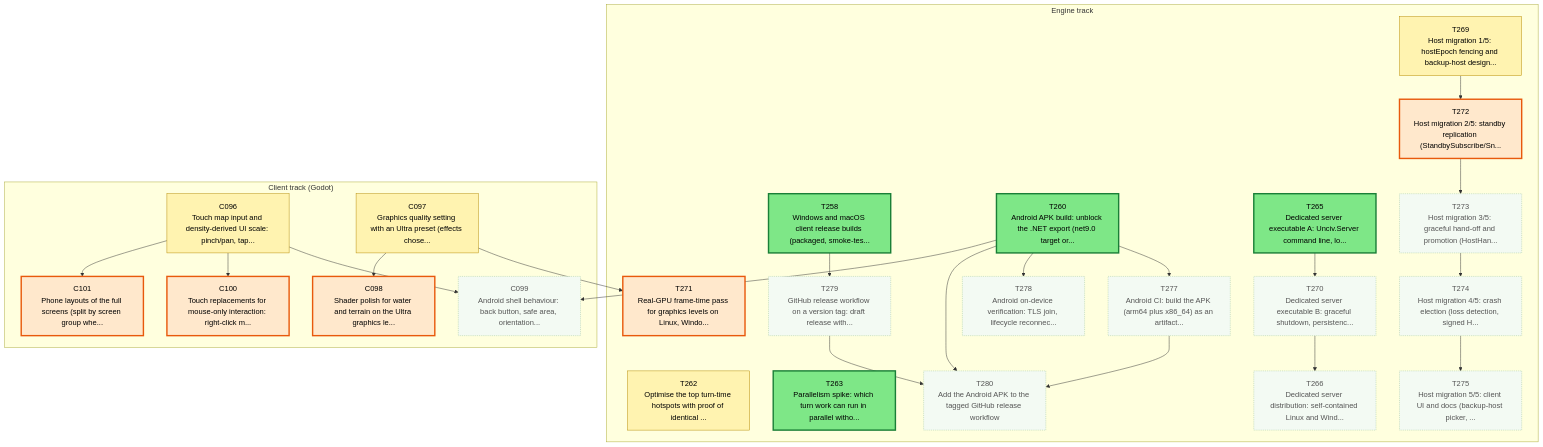
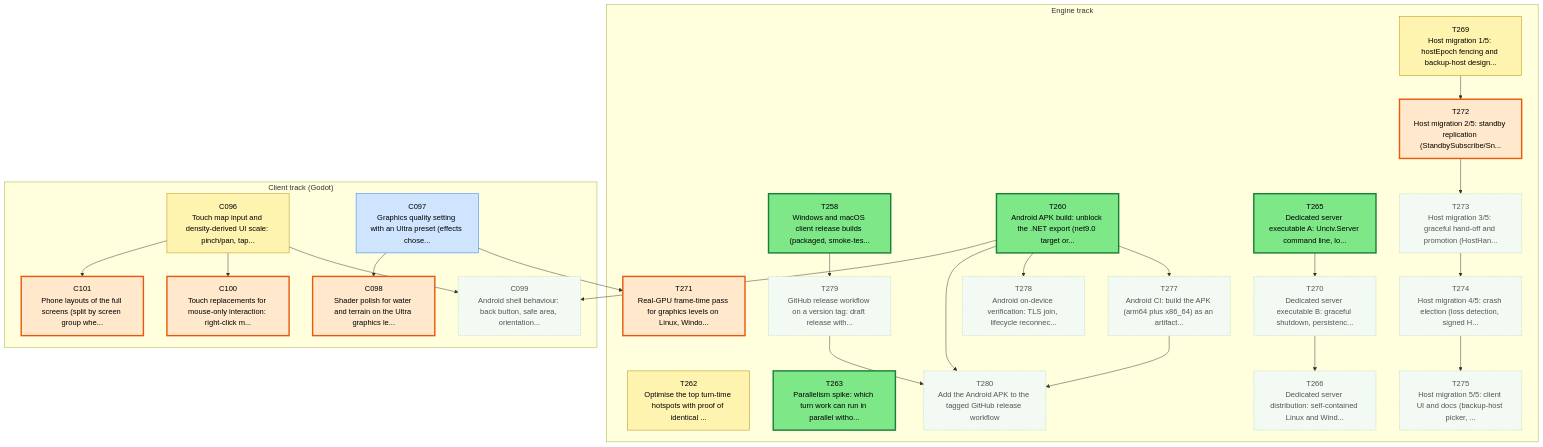
The first of 3 diagrams in csharp/migration/DEPENDENCY_MAP.md (Kenmura/Unciv), drawn with Mermaid before and after one commit. The commit also changed other lines of this file and 1 other file, not shown here.

Commit message:
migration: implement C097 [Claude-C097]

````diff
--- a/csharp/migration/DEPENDENCY_MAP.md
+++ b/csharp/migration/DEPENDENCY_MAP.md
@@ -35,78 +35,78 @@
 ```mermaid
 flowchart TD
   subgraph TTRACK["Engine track"]
     T258["T258<br/>Windows and macOS client release builds (packaged, smoke-tes..."]
     T260["T260<br/>Android APK build: unblock the .NET export (net9.0 target or..."]
     T262["T262<br/>Optimise the top turn-time hotspots with proof of identical ..."]
     T263["T263<br/>Parallelism spike: which turn work can run in parallel witho..."]
     T265["T265<br/>Dedicated server executable A: Unciv.Server command line, lo..."]
     T266["T266<br/>Dedicated server distribution: self-contained Linux and Wind..."]
     T269["T269<br/>Host migration 1/5: hostEpoch fencing and backup-host design..."]
     T270["T270<br/>Dedicated server executable B: graceful shutdown, persistenc..."]
     T271["T271<br/>Real-GPU frame-time pass for graphics levels on Linux, Windo..."]
     T272["T272<br/>Host migration 2/5: standby replication (StandbySubscribe/Sn..."]
     T273["T273<br/>Host migration 3/5: graceful hand-off and promotion (HostHan..."]
     T274["T274<br/>Host migration 4/5: crash election (loss detection, signed H..."]
     T275["T275<br/>Host migration 5/5: client UI and docs (backup-host picker, ..."]
     T277["T277<br/>Android CI: build the APK (arm64 plus x86_64) as an artifact..."]
     T278["T278<br/>Android on-device verification: TLS join, lifecycle reconnec..."]
     T279["T279<br/>GitHub release workflow on a version tag: draft release with..."]
     T280["T280<br/>Add the Android APK to the tagged GitHub release workflow"]
   end
   subgraph CTRACK["Client track (Godot)"]
     C096["C096<br/>Touch map input and density-derived UI scale: pinch/pan, tap..."]
     C097["C097<br/>Graphics quality setting with an Ultra preset (effects chose..."]
     C098["C098<br/>Shader polish for water and terrain on the Ultra graphics le..."]
     C099["C099<br/>Android shell behaviour: back button, safe area, orientation..."]
     C100["C100<br/>Touch replacements for mouse-only interaction: right-click m..."]
     C101["C101<br/>Phone layouts of the full screens (split by screen group whe..."]
   end
   T270 --> T266
   T265 --> T270
   C097 --> T271
   T269 --> T272
   T272 --> T273
   T273 --> T274
   T274 --> T275
   T260 --> T277
   T260 --> T278
   T258 --> T279
   T279 --> T280
   T260 --> T280
   T277 --> T280
   C097 --> C098
   T260 --> C099
   C096 --> C099
   C096 --> C100
   C096 --> C101
   classDef waiting fill:#f3faf3,stroke:#9bc49b,color:#555,stroke-dasharray:2 2
   classDef ondeck fill:#ffe8cc,stroke:#e8590c,stroke-width:3px,color:#000
   classDef ready fill:#7ee787,stroke:#1a7f37,stroke-width:3px,color:#000
   classDef prog fill:#fff3b0,stroke:#b58900,color:#000
   classDef review fill:#cfe4ff,stroke:#1f6feb,color:#000
   classDef blocked fill:#ffd6d6,stroke:#c62828,color:#000
   classDef done fill:#eeeeee,stroke:#999999,color:#666,stroke-dasharray:4 3
   class C096 prog
-  class C097 prog
+  class C097 review
   class C098 ondeck
   class C099 waiting
   class C100 ondeck
   class C101 ondeck
   class T258 ready
   class T260 ready
   class T262 prog
   class T263 ready
   class T265 ready
   class T266 waiting
   class T269 prog
   class T270 waiting
   class T271 ondeck
   class T272 ondeck
   class T273 waiting
   class T274 waiting
   class T275 waiting
   class T277 waiting
   class T278 waiting
   class T279 waiting
   class T280 waiting
 ```
````
